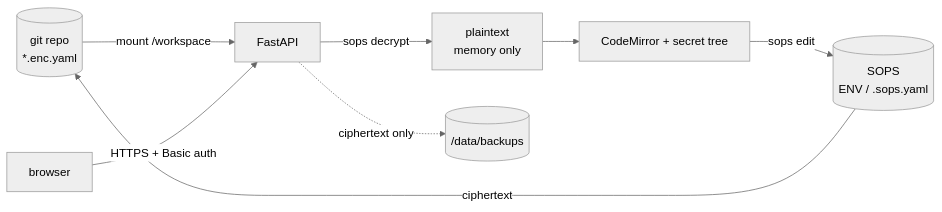
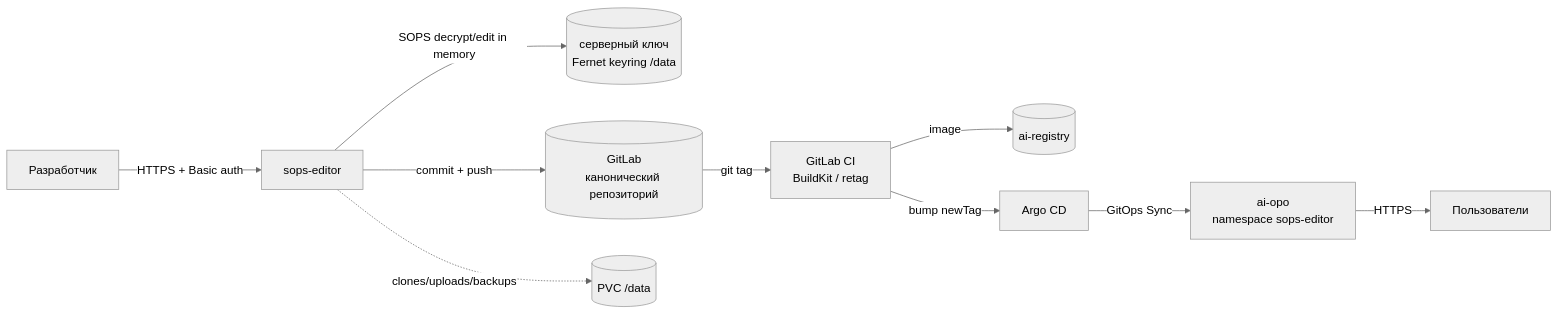
Before and after one commit to DzmitrySha/sops-editor: the diagram in README.md, drawn with Mermaid (neutral theme). The commit also changed other lines of this file and 9 other files, not shown here.

First line of the commit message:
docs: update README diagrams and add RU/EN screenshots

````diff
--- a/README.md
+++ b/README.md
@@ -75,10 +65,12 @@
 ```mermaid
 flowchart LR
-  repo[(git repo<br/>*.enc.yaml)] -->|mount /workspace| api
-  ui[browser] -->|HTTPS + Basic auth| api[FastAPI]
-  api -->|sops decrypt| mem[plaintext<br/>memory only]
-  mem --> editor[CodeMirror + secret tree]
-  editor -->|sops edit| sops[(SOPS<br/>ENV / .sops.yaml)]
-  sops -->|ciphertext| repo
-  api -.->|ciphertext only| backups[(/data/backups)]
+  dev[Разработчик] -->|HTTPS + Basic auth| web[sops-editor]
+  web -->|SOPS decrypt/edit in memory| key[(серверный ключ<br/>Fernet keyring /data)]
+  web -->|commit + push| gl[(GitLab<br/>канонический репозиторий)]
+  gl -->|git tag| ci[GitLab CI<br/>BuildKit / retag]
+  ci -->|image| reg[(ai-registry)]
+  ci -->|bump newTag| argo[Argo CD]
+  argo -->|GitOps Sync| k8s[ai-opo<br/>namespace sops-editor]
+  k8s -->|HTTPS| users[Пользователи]
+  web -.->|clones/uploads/backups| pvc[(PVC /data)]
 ```
````
